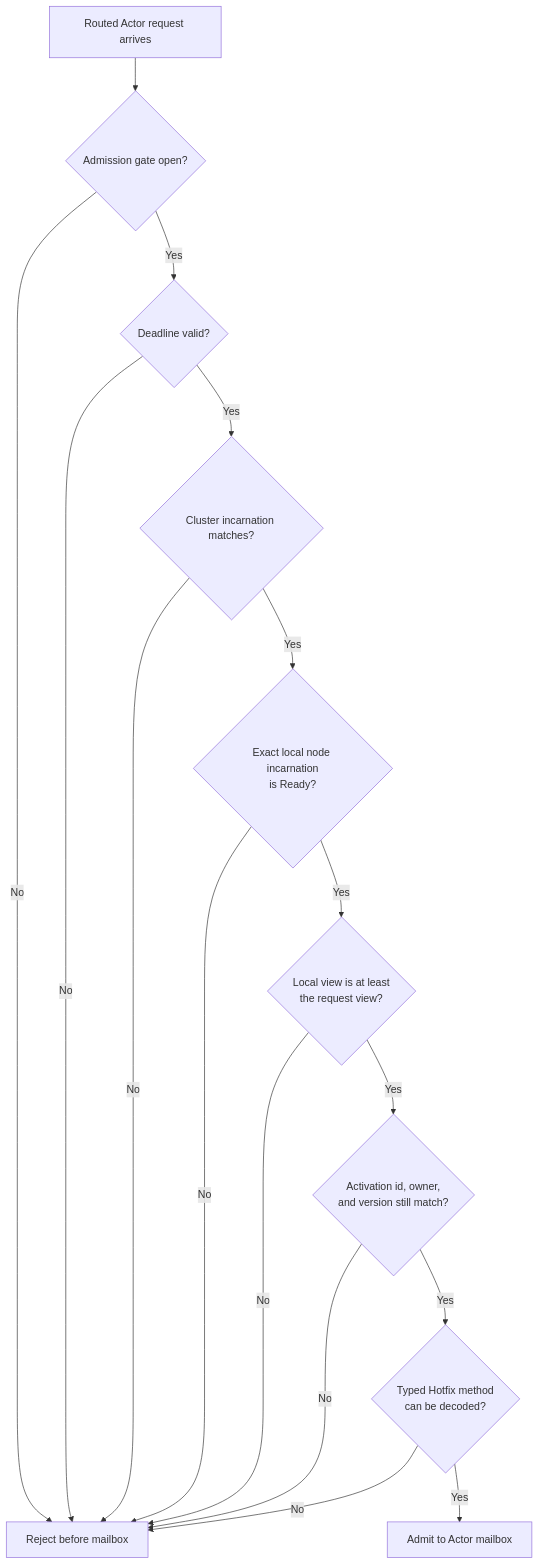
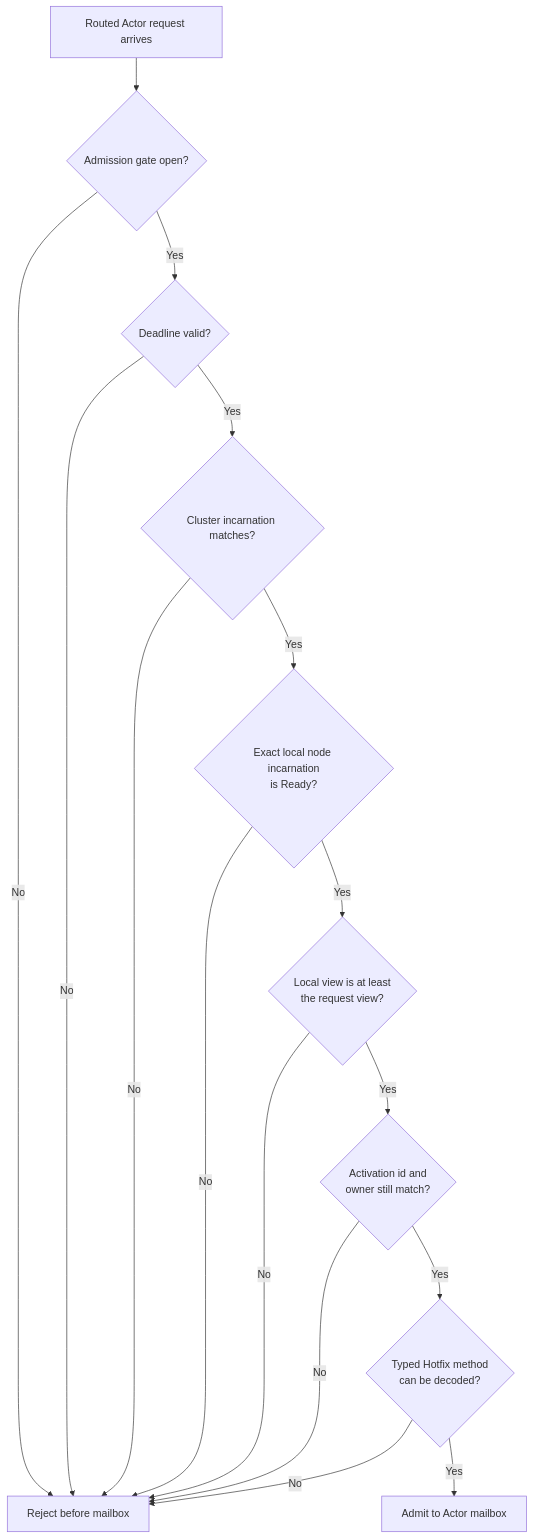
Before and after one commit to bruce48x/Lakona: the third of 15 diagrams in docs/cluster.md, drawn with Mermaid. The commit also changed other lines of this file and 40 other files, not shown here.

````diff
--- a/docs/cluster.md
+++ b/docs/cluster.md
@@ -126,18 +125,18 @@
 ```mermaid
 flowchart TD
     R["Routed Actor request arrives"] --> G{"Admission gate open?"}
     G -- "No" --> X["Reject before mailbox"]
     G -- "Yes" --> D{"Deadline valid?"}
     D -- "No" --> X
     D -- "Yes" --> C{"Cluster incarnation matches?"}
     C -- "No" --> X
     C -- "Yes" --> N{"Exact local node incarnation<br/>is Ready?"}
     N -- "No" --> X
     N -- "Yes" --> V{"Local view is at least<br/>the request view?"}
     V -- "No" --> X
-    V -- "Yes" --> A{"Activation id, owner,<br/>and version still match?"}
+    V -- "Yes" --> A{"Activation id and<br/>owner still match?"}
     A -- "No" --> X
     A -- "Yes" --> H{"Typed Hotfix method<br/>can be decoded?"}
     H -- "No" --> X
     H -- "Yes" --> M["Admit to Actor mailbox"]
 ```
````
